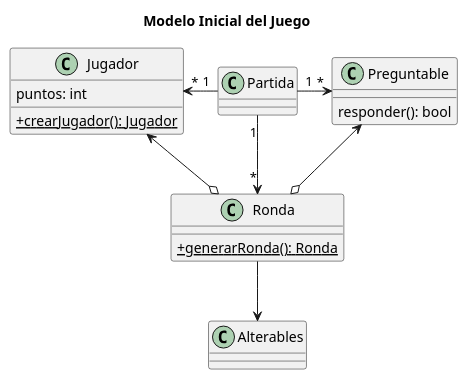
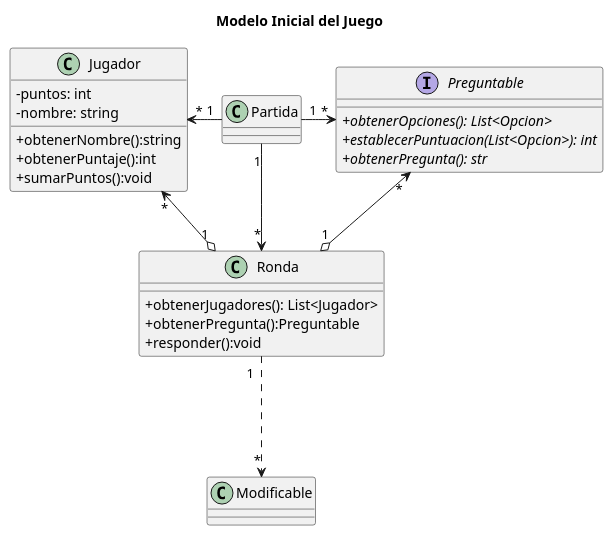
One commit to gylopezgiles/TP2 changed the diagram in doc/Diagramas/Diagramas_Clase/partida/partida.plantuml. Above: the diagram before and after it, drawn with PlantUML. The commit also changed 8 other files, not shown here.

First line of the commit message:
Se actualizaron los diagrama de clase para que esten alineados con el codigo.

```diff
--- a/doc/Diagramas/Diagramas_Clase/partida/partida.plantuml
+++ b/doc/Diagramas/Diagramas_Clase/partida/partida.plantuml
@@ -1,38 +1,50 @@
 @startuml
 title Modelo Inicial del Juego
 skinparam classAttributeIconSize 0
 
 class Partida{
 }
 
 
 class Jugador{
-    puntos: int
+    - puntos: int
+    - nombre: string
 
-    + {static} crearJugador(): Jugador
+    + obtenerNombre():string
+    + obtenerPuntaje():int
+    + sumarPuntos():void
 }
 
-class Preguntable{
-    responder(): bool
+interface Preguntable{
+    + {abstract}obtenerOpciones(): List<Opcion>
+    + {abstract}establecerPuntuacion(List<Opcion>): int
+    + {abstract}obtenerPregunta(): str
+
 }
 
 class Ronda{
-    + {static} generarRonda(): Ronda
+    ' - jugadores: List<Jugador>
+    ' - pregunta: Preguntable
+
+    + obtenerJugadores(): List<Jugador>
+    + obtenerPregunta():Preguntable
+    + responder():void
 }
 
-class Alterables{
+class Modificable{
+
 }
 
 
 
 Partida "1"-left->"*" Jugador
 
 Partida "1"->"*" Preguntable
 
 Partida "1" -down->"*" Ronda
-Ronda -down-> Alterables
-Ronda o-up-> Preguntable
-Ronda o-left->Jugador
+Ronda "1  "-down..>"*" Modificable
+Ronda "1" o-up->"*" Preguntable
+Ronda "1" o-left->"*"Jugador
 
 
 @enduml
```
